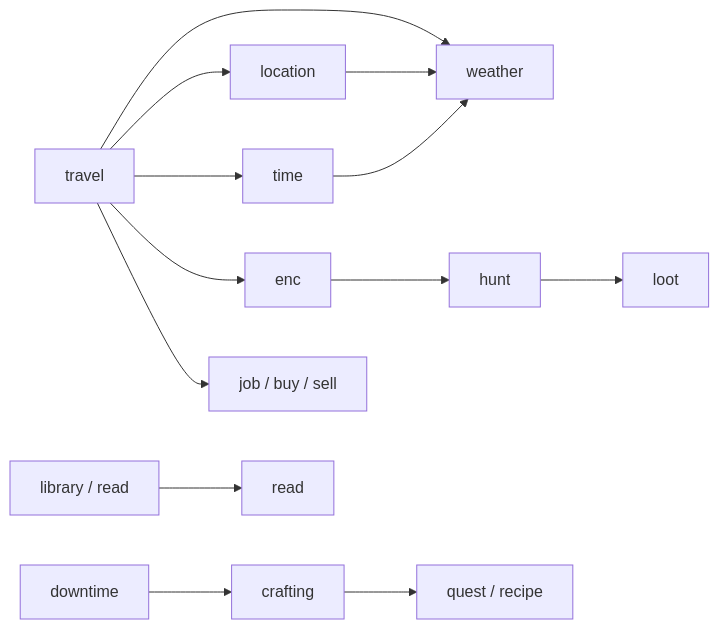
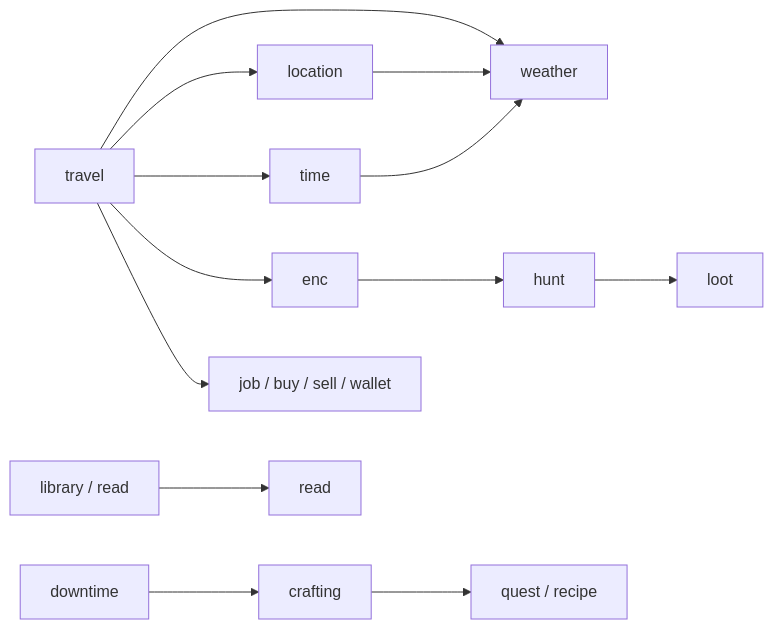
Before and after one commit to Sykander/westmarch-generic: the second of 2 diagrams in docs/internal/projects/westmarch-statement/mvp-commands.md, drawn with Mermaid. The commit also changed other lines of this file and 103 other files, not shown here.

````diff
--- a/docs/internal/projects/westmarch-statement/mvp-commands.md
+++ b/docs/internal/projects/westmarch-statement/mvp-commands.md
@@ -197,28 +182,28 @@
 ```mermaid
 flowchart LR
   travel[travel]
   location[location]
   time[time]
   weather[weather]
   enc[enc]
   hunt[hunt]
   loot[loot]
   downtime[downtime]
   craft[crafting]
-  economy[job / buy / sell]
+  economy[job / buy / sell / wallet]
   content[library / read]
   misc[quest / recipe]
 
   travel --> location
   travel --> time
   travel --> weather
   location --> weather
   time --> weather
   travel --> enc
   enc --> hunt
   hunt --> loot
   downtime --> craft
   travel --> economy
   craft --> misc
   content --> read
 ```
````
